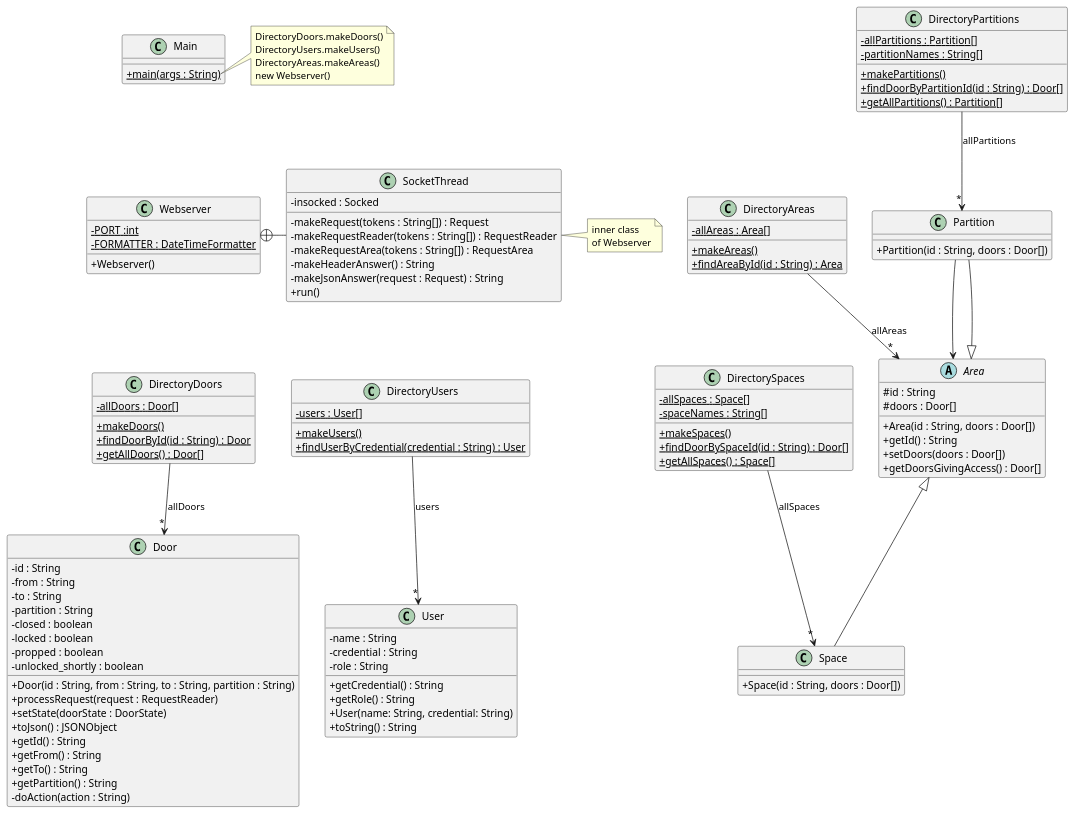
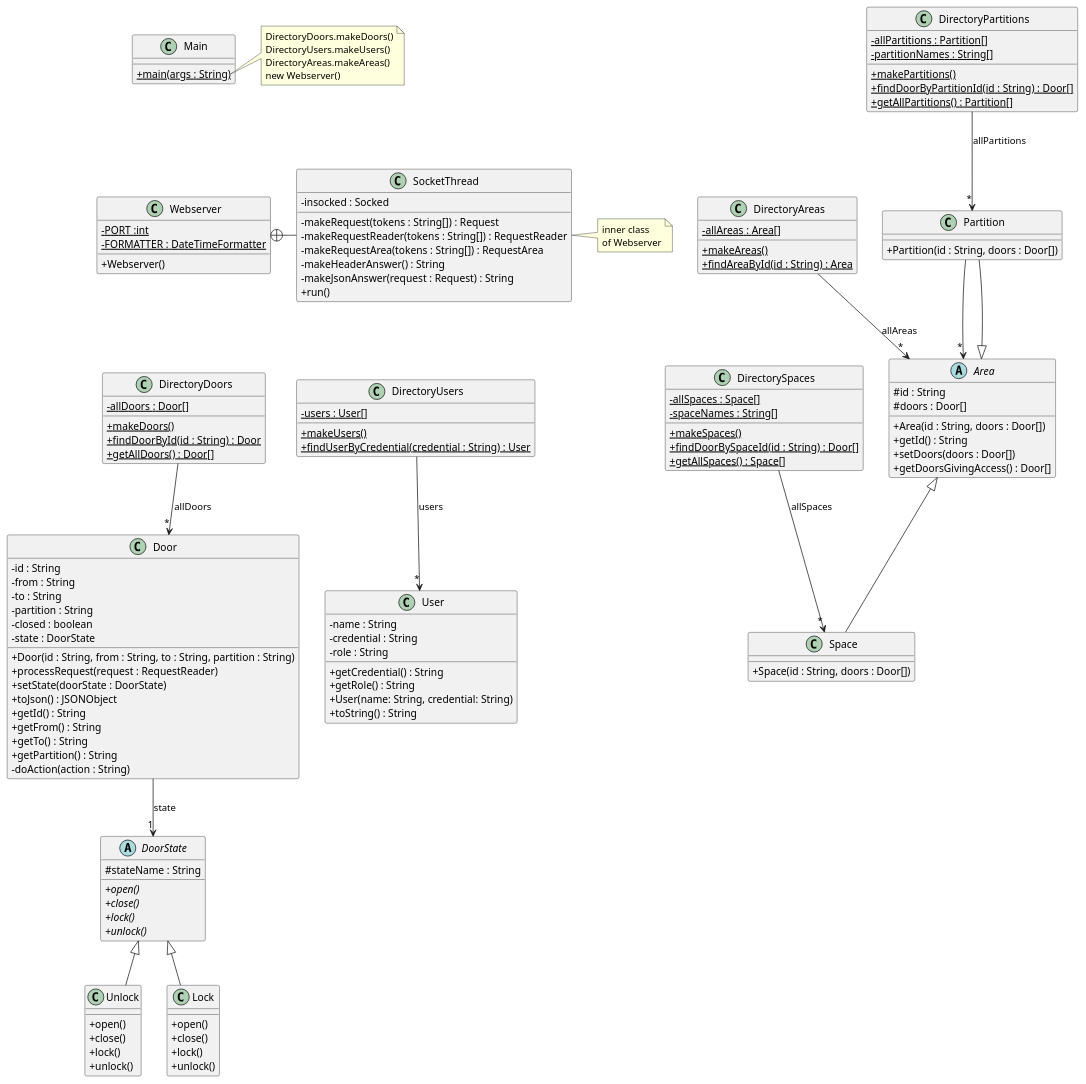
Before and after one commit to davidal15/Projecte-DS: the diagram in src/baseNoStates/uml/base_no_states.puml, drawn with PlantUML. The commit also changed 1 other file, not shown here.

Commit message:
2.2 UML actualitzat

```diff
--- a/src/baseNoStates/uml/base_no_states.puml
+++ b/src/baseNoStates/uml/base_no_states.puml
@@ -1,144 +1,164 @@
 @startuml
 'https://plantuml.com/class-diagram
 skinparam classAttributeIconSize 0
 
 class Webserver {
 - {static} PORT :int
 - {static} FORMATTER : DateTimeFormatter
 + Webserver()
 }
 
 class SocketThread {
 - insocked : Socked
 - makeRequest(tokens : String[]) : Request
 - makeRequestReader(tokens : String[]) : RequestReader
 - makeRequestArea(tokens : String[]) : RequestArea
 - makeHeaderAnswer() : String
 - makeJsonAnswer(request : Request) : String
 + run()
 }
 
 Webserver +-right- SocketThread
 
 note right of SocketThread
 inner class
 of Webserver
 end note
 
 class DirectoryDoors {
 - {static} allDoors : Door[]
 + {static} makeDoors()
 + {static} findDoorById(id : String) : Door
 + {static} getAllDoors() : Door[]
 }
 
 DirectoryDoors --> "*" Door : "allDoors"
-Partition --> Area
+Partition --> "*" Area
 
 class DirectoryUsers {
 - {static} users : User[]
 + {static} makeUsers()
 + {static} findUserByCredential(credential : String) : User
 }
 
 DirectoryUsers --> "*" User : "users"
 
 class DirectorySpaces {
 -{static} allSpaces : Space[]
 -{static} spaceNames : String[]
 +{static} makeSpaces()
 +{static} findDoorBySpaceId(id : String) : Door[]
 +{static} getAllSpaces() : Space[]
 }
 
 DirectorySpaces --> "*" Space : "allSpaces"
 
 class DirectoryPartitions {
 -{static} allPartitions : Partition[]
 -{static} partitionNames : String[]
 +{static} makePartitions()
 +{static} findDoorByPartitionId(id : String) : Door[]
 +{static} getAllPartitions() : Partition[]
 }
 
 DirectoryPartitions --> "*" Partition : "allPartitions"
 
 class DirectoryAreas {
 - {static} allAreas : Area[]
 + {static} makeAreas()
 + {static} findAreaById(id : String) : Area
 
 
 }
 
 DirectoryAreas --> "*" Area : "allAreas"
 
 
 class Door {
 - id : String
 - from : String
 - to : String
 - partition : String
 - closed : boolean
-- locked : boolean
-- propped : boolean
-- unlocked_shortly : boolean
+- state : DoorState
 + Door(id : String, from : String, to : String, partition : String)
 + processRequest(request : RequestReader)
 + setState(doorState : DoorState)
 + toJson() : JSONObject
 + getId() : String
 + getFrom() : String
 + getTo() : String
 + getPartition() : String
 '+ toString() : String
 '+ isClosed() :boolean
 '+ setClosed(b : boolean)
 '+ getStateName() : String
 - doAction(action : String)
 }
 
+abstract class DoorState {
+# stateName : String
++ {abstract} open()
++ {abstract} close()
++ {abstract} lock()
++ {abstract} unlock()
+}
 
+Door --> "1" DoorState : state
+
+class Unlock extends DoorState {
++ open()
++ close()
++ lock()
++ unlock()
+}
+
+class Lock extends DoorState {
++ open()
++ close()
++ lock()
++ unlock()
+}
 class User {
 - name : String
 - credential : String
 - role : String
 + getCredential() : String
 + getRole() : String
 + User(name: String, credential: String)
 + toString() : String
 }
 
 class Space extends Area{
 + Space(id : String, doors : Door[])
 }
 
 class Partition extends Area{
 + Partition(id : String, doors : Door[])
 }
 
 abstract class Area {
 # id : String
 # doors : Door[]
 + Area(id : String, doors : Door[])
 + getId() : String
 + setDoors(doors : Door[])
 + getDoorsGivingAccess() : Door[]
 }
 
 
 class Main {
 + {static} main(args : String)
 }
 
 note right of Main::main
 DirectoryDoors.makeDoors()
 DirectoryUsers.makeUsers()
 DirectoryAreas.makeAreas()
 new Webserver()
 end note
 
 Main -[hidden]down- Webserver
 Webserver -[hidden]down- DirectoryDoors
 DirectoryDoors -[hidden]right- DirectoryUsers
 @enduml
```
